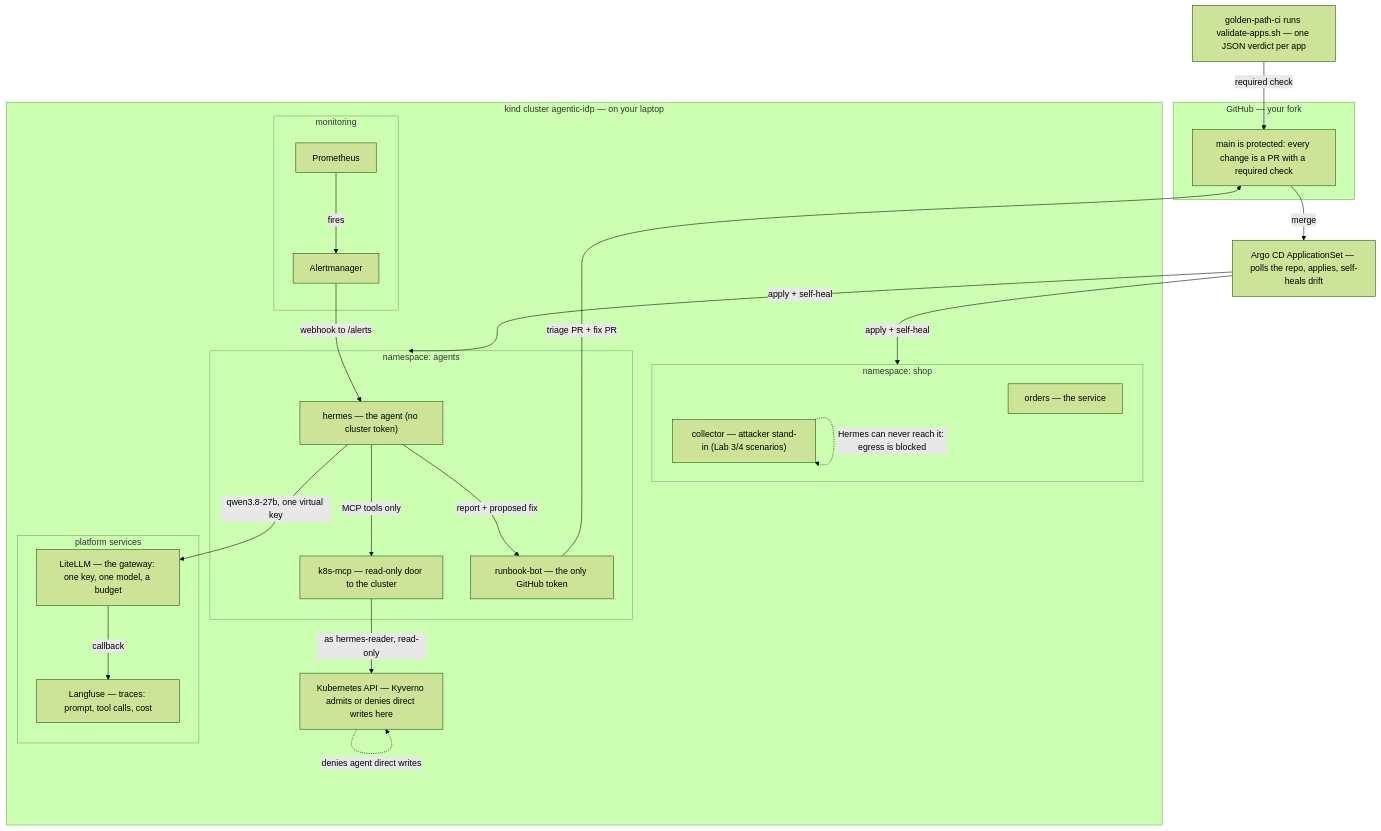
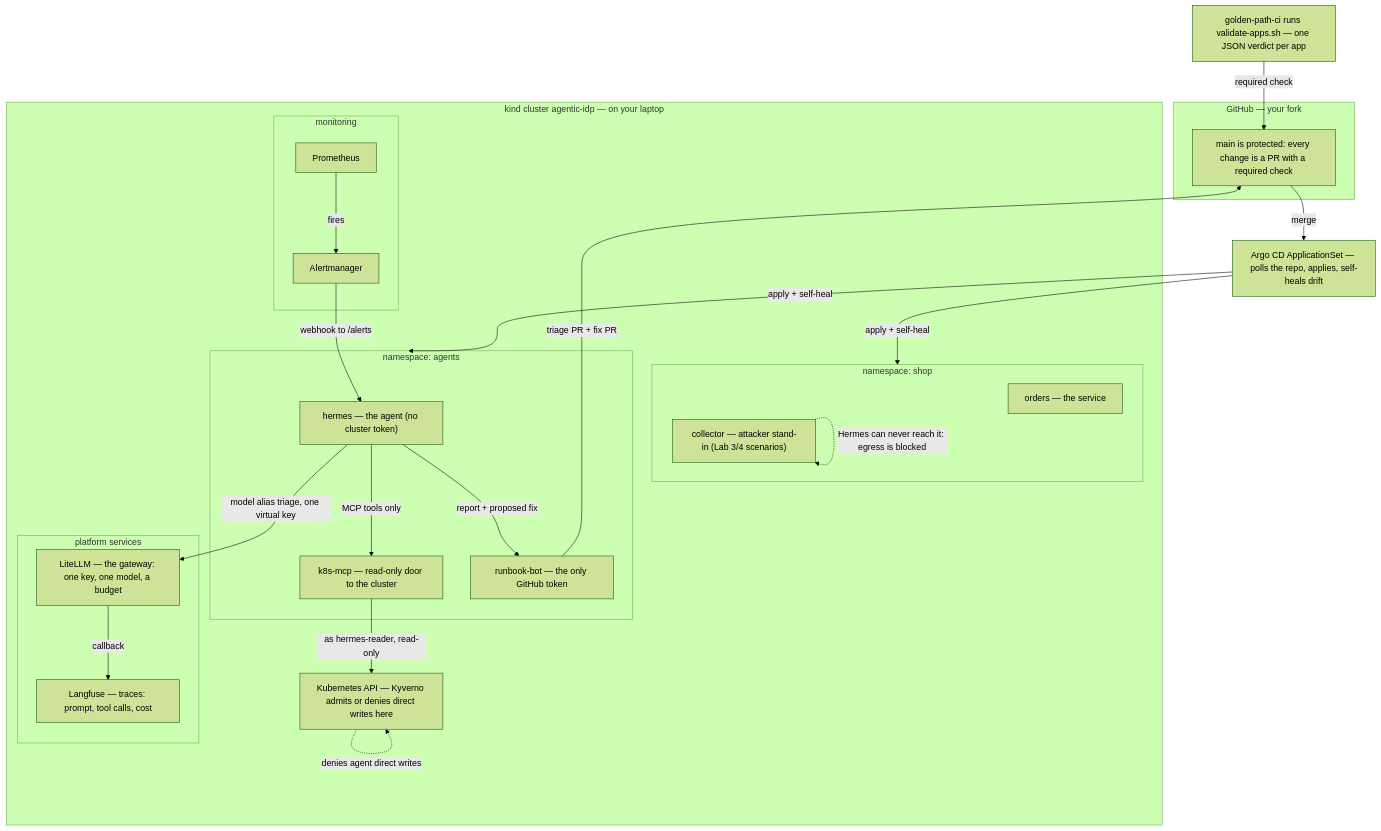
The first of 2 diagrams in labs/02-knowledge-base/kb/guides/platform-map.md (resizes/agentic-idp-packt), drawn with Mermaid (forest theme) before and after one commit. The commit also changed other lines of this file and 9 other files, not shown here.

First line of the commit message:
feat(litellm): name the model alias triage instead of qwen3.8-27b

````diff
--- a/labs/02-knowledge-base/kb/guides/platform-map.md
+++ b/labs/02-knowledge-base/kb/guides/platform-map.md
@@ -7,44 +7,44 @@
 ```mermaid
 flowchart TB
   subgraph GH["GitHub — your fork"]
     MAIN["main is protected: every change is a PR with a required check"]
   end
   CI["golden-path-ci runs validate-apps.sh — one JSON verdict per app"]
   ARGO["Argo CD ApplicationSet — polls the repo, applies, self-heals drift"]
 
   subgraph KIND["kind cluster agentic-idp — on your laptop"]
     subgraph SHOP["namespace: shop"]
       ORD["orders — the service"]
       COL["collector — attacker stand-in (Lab 3/4 scenarios)"]
     end
     subgraph AGENTS["namespace: agents"]
       HER["hermes — the agent (no cluster token)"]
       MCP["k8s-mcp — read-only door to the cluster"]
       BOT["runbook-bot — the only GitHub token"]
     end
     subgraph MON["monitoring"]
       PROM["Prometheus"]
       ALRM["Alertmanager"]
     end
     KUB["Kubernetes API — Kyverno admits or denies direct writes here"]
     subgraph PLAT["platform services"]
       LLM["LiteLLM — the gateway: one key, one model, a budget"]
       LANG["Langfuse — traces: prompt, tool calls, cost"]
     end
   end
 
   MAIN -->|merge| ARGO
   CI -->|required check| MAIN
   ARGO -->|apply + self-heal| SHOP
   ARGO -->|apply + self-heal| AGENTS
   PROM -->|fires| ALRM
   ALRM -->|webhook to /alerts| HER
   HER -->|MCP tools only| MCP
   MCP -->|as hermes-reader, read-only| KUB
   KUB -.->|denies agent direct writes| KUB
-  HER -->|qwen3.8-27b, one virtual key| LLM
+  HER -->|model alias triage, one virtual key| LLM
   LLM -->|callback| LANG
   HER -->|report + proposed fix| BOT
   BOT -->|triage PR + fix PR| MAIN
   COL -.->|Hermes can never reach it: egress is blocked| COL
 ```
````
